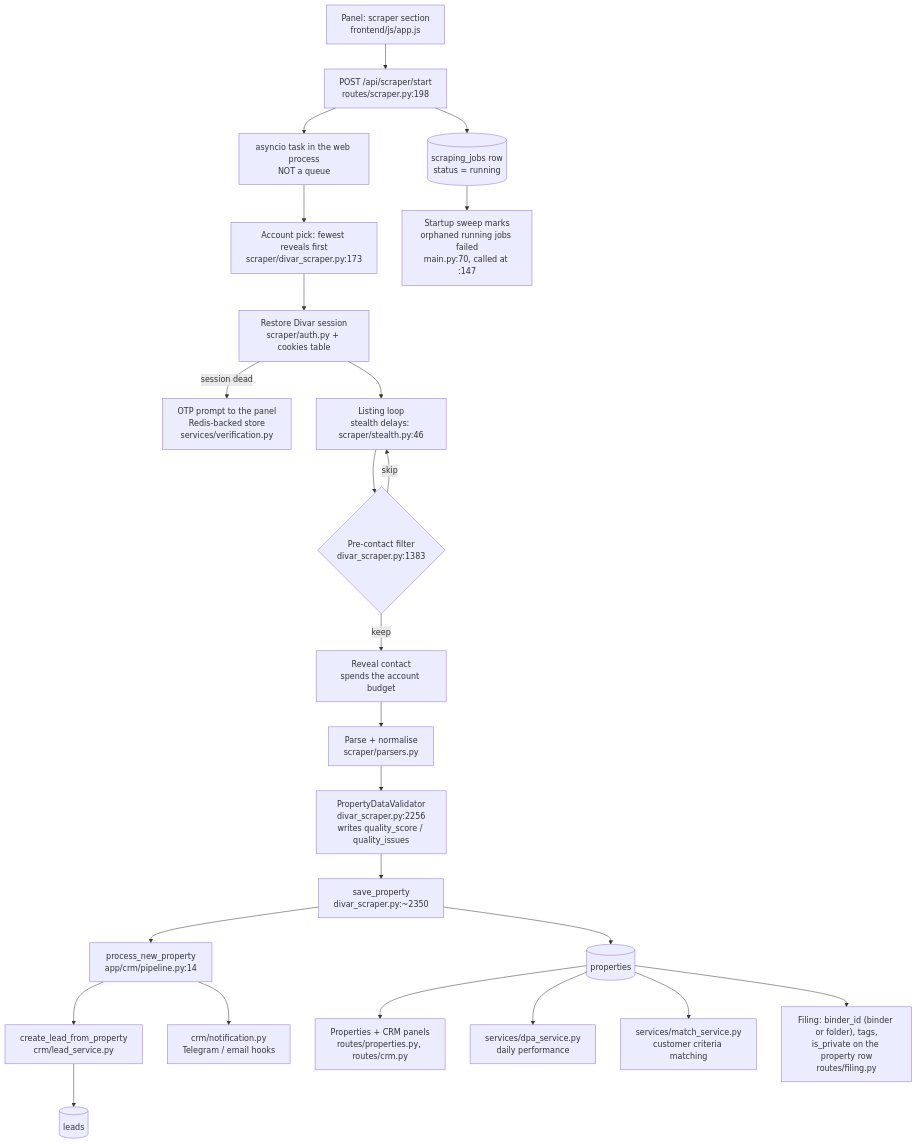
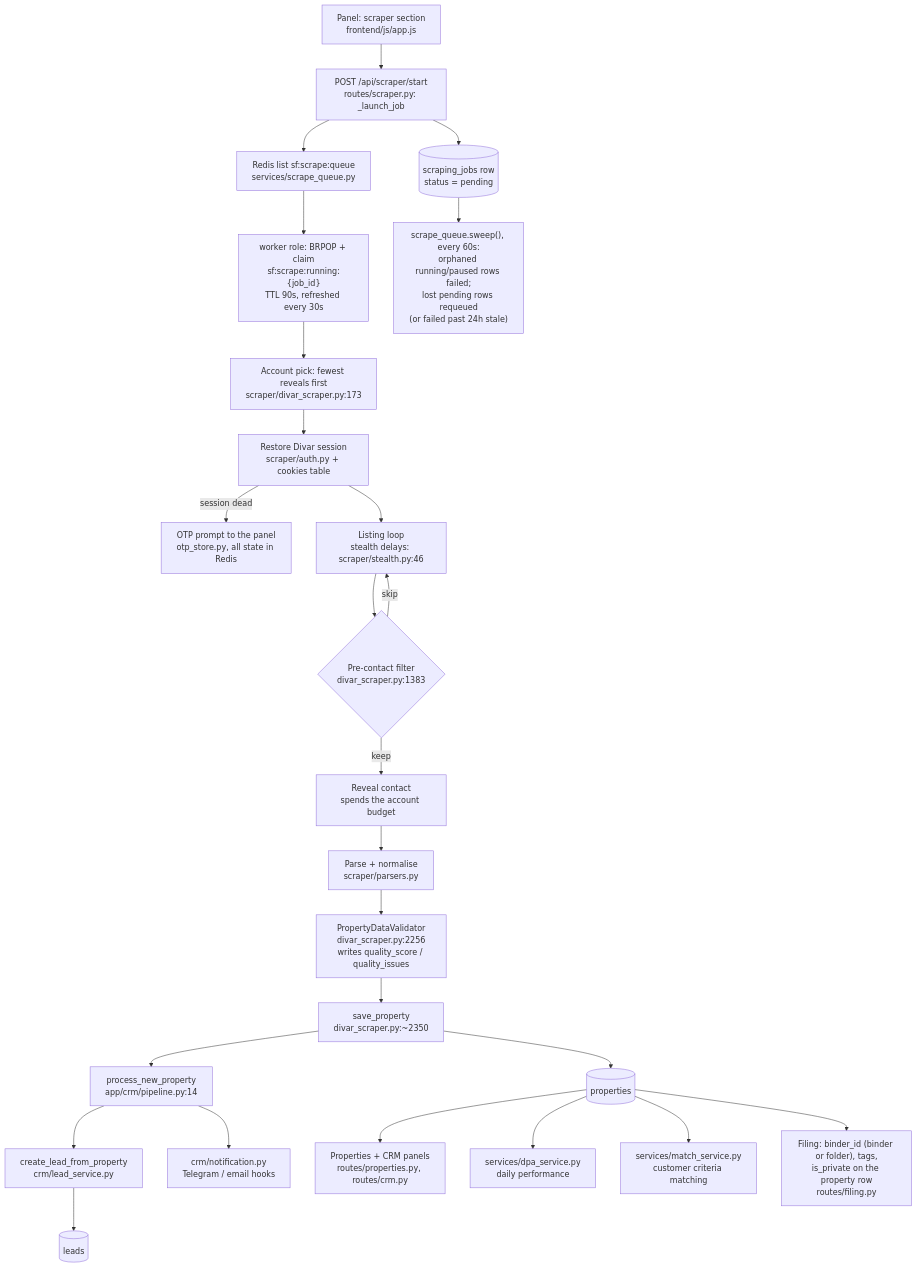
The fourth of 5 diagrams in README.md (Tecso-Dev/SorinFlow-DaTA-mAmager), drawn with Mermaid before and after one commit. The commit also changed other lines of this file, not shown here.

````diff
--- a/README.md
+++ b/README.md
@@ -214,32 +217,33 @@
 ```mermaid
 flowchart TD
-    UI["Panel: scraper section<br/>frontend/js/app.js"] --> START["POST /api/scraper/start<br/>routes/scraper.py:198"]
-    START --> JOB[("scraping_jobs row<br/>status = running")]
-    START --> TASK["asyncio task in the web process<br/>NOT a queue"]
+    UI["Panel: scraper section<br/>frontend/js/app.js"] --> START["POST /api/scraper/start<br/>routes/scraper.py: _launch_job"]
+    START --> JOB[("scraping_jobs row<br/>status = pending")]
+    START --> QUEUE["Redis list sf:scrape:queue<br/>services/scrape_queue.py"]
 
-    TASK --> ACC["Account pick: fewest reveals first<br/>scraper/divar_scraper.py:173"]
+    QUEUE --> CLAIM["worker role: BRPOP + claim<br/>sf:scrape:running:{job_id}<br/>TTL 90s, refreshed every 30s"]
+    CLAIM --> ACC["Account pick: fewest reveals first<br/>scraper/divar_scraper.py:173"]
     ACC --> SESS["Restore Divar session<br/>scraper/auth.py + cookies table"]
-    SESS -->|"session dead"| OTP["OTP prompt to the panel<br/>Redis-backed store<br/>services/verification.py"]
+    SESS -->|"session dead"| OTP["OTP prompt to the panel<br/>otp_store.py, all state in Redis"]
 
     SESS --> LOOP["Listing loop<br/>stealth delays: scraper/stealth.py:46"]
     LOOP --> PRE{"Pre-contact filter<br/>divar_scraper.py:1383"}
     PRE -->|"skip"| LOOP
     PRE -->|"keep"| REV["Reveal contact<br/>spends the account budget"]
 
     REV --> PARSE["Parse + normalise<br/>scraper/parsers.py"]
     PARSE --> VAL["PropertyDataValidator<br/>divar_scraper.py:2256<br/>writes quality_score / quality_issues"]
     VAL --> SAVE["save_property<br/>divar_scraper.py:~2350"]
     SAVE --> P[("properties")]
 
     SAVE --> PIPE["process_new_property<br/>app/crm/pipeline.py:14"]
     PIPE --> LEAD["create_lead_from_property<br/>crm/lead_service.py"]
     LEAD --> L[("leads")]
     PIPE --> NOTE["crm/notification.py<br/>Telegram / email hooks"]
 
     P --> PANEL["Properties + CRM panels<br/>routes/properties.py, routes/crm.py"]
     P --> DPA["services/dpa_service.py<br/>daily performance"]
     P --> MATCH["services/match_service.py<br/>customer criteria matching"]
     P --> FILE["Filing: binder_id (binder or folder), tags,<br/>is_private on the property row<br/>routes/filing.py"]
 
-    JOB --> ORPH["Startup sweep marks<br/>orphaned running jobs failed<br/>main.py:70, called at :147"]
+    JOB --> SWEEP["scrape_queue.sweep(), every 60s:<br/>orphaned running/paused rows failed;<br/>lost pending rows requeued<br/>(or failed past 24h stale)"]
 ```
````
